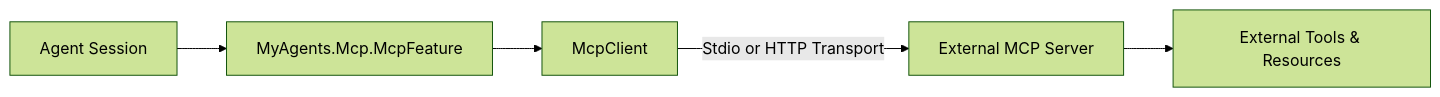
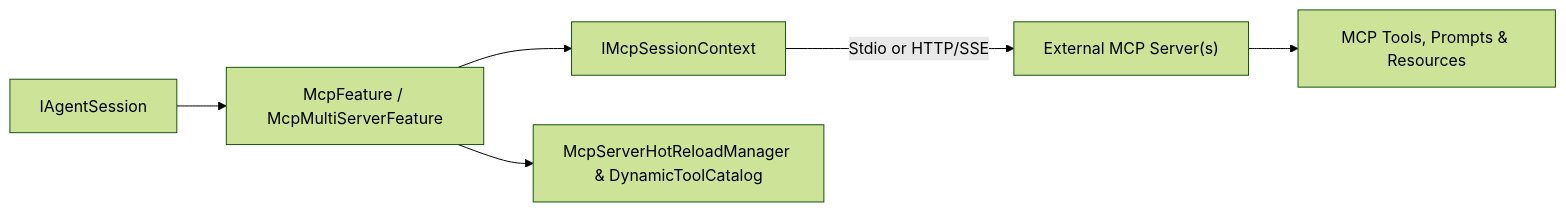
The diagram in docs-src/docs/tools/mcp.md (OmniTechSolutionsCA/MyAgents-Community), drawn with Mermaid (forest theme) before and after one commit. The commit also changed other lines of this file and 470 other files, not shown here.

````diff
--- a/docs-src/docs/tools/mcp.md
+++ b/docs-src/docs/tools/mcp.md
@@ -15,7 +15,8 @@
 ```mermaid
 flowchart LR
-    Agent[Agent Session] --> McpFeature[MyAgents.Mcp.McpFeature]
-    McpFeature --> Client[McpClient]
-    Client -->|Stdio or HTTP Transport| McpServer[External MCP Server]
-    McpServer --> Tools[External Tools & Resources]
+    Session["IAgentSession"] --> Feature["McpFeature / McpMultiServerFeature"]
+    Feature --> Context["IMcpSessionContext"]
+    Feature --> HotReload["McpServerHotReloadManager & DynamicToolCatalog"]
+    Context -->|Stdio or HTTP/SSE| Server["External MCP Server(s)"]
+    Server --> Tools["MCP Tools, Prompts & Resources"]
 ```
````
